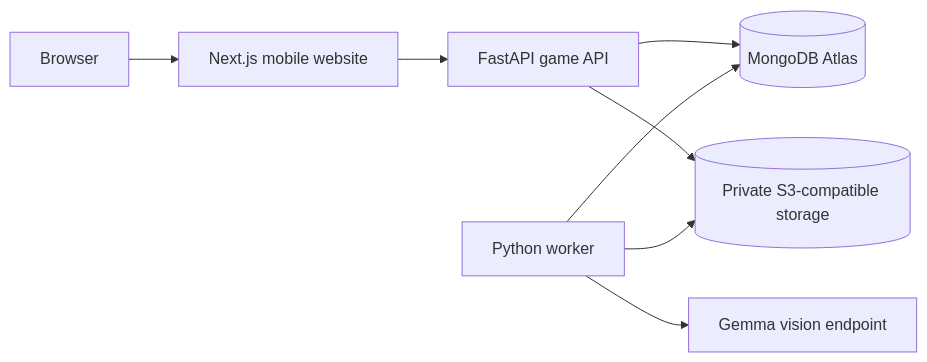
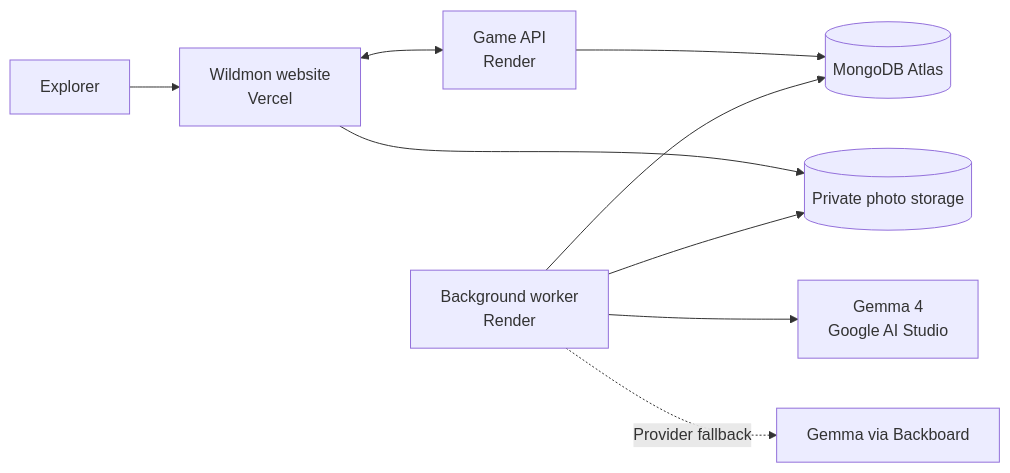
Before and after one commit to pradeept/wildmon: the diagram in README.md, drawn with Mermaid. The commit also changed other lines of this file and 16 other files, not shown here.

````diff
--- a/README.md
+++ b/README.md
@@ -9,10 +44,11 @@
 ```mermaid
 flowchart LR
-  Browser --> Web[Next.js mobile website]
-  Web --> API[FastAPI game API]
-  API --> Mongo[(MongoDB Atlas)]
-  API --> Storage[(Private S3-compatible storage)]
-  Worker[Python worker] --> Mongo
-  Worker --> Storage
-  Worker --> Gemma[Gemma vision endpoint]
+  Explorer[Explorer] --> Web[Wildmon website<br/>Vercel]
+  Web <--> API[Game API<br/>Render]
+  Web --> Photos[(Private photo storage)]
+  API --> Data[(MongoDB Atlas)]
+  Worker[Background worker<br/>Render] --> Data
+  Worker --> Photos
+  Worker --> Gemma[Gemma 4<br/>Google AI Studio]
+  Worker -. Provider fallback .-> Backboard[Gemma via Backboard]
 ```
````
